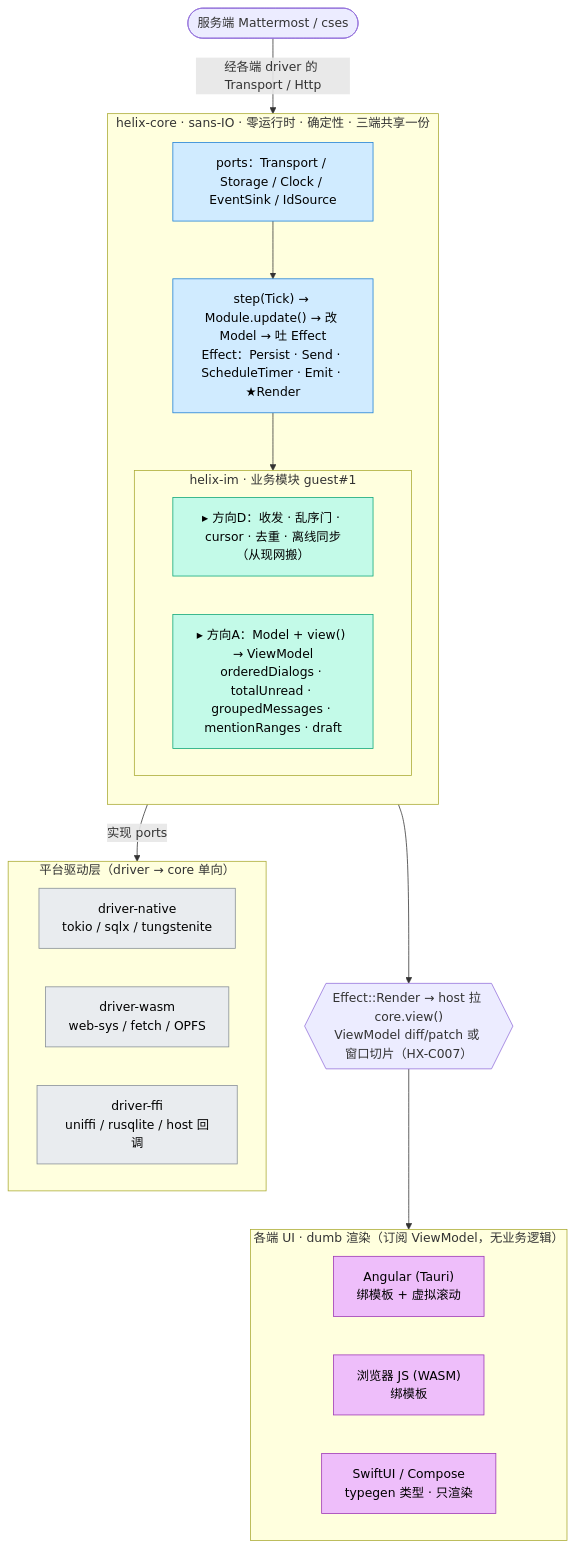
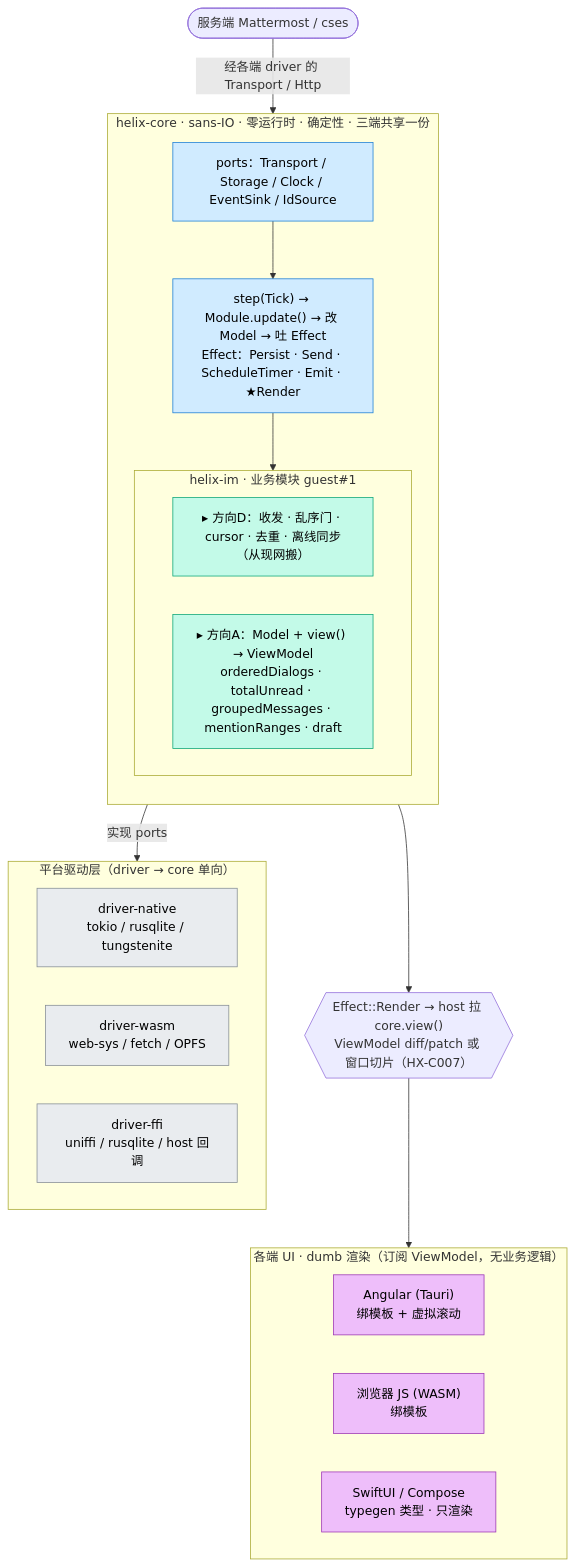
Before and after one commit to zxs1633079383/helix: the second of 27 diagrams in docs/过会方案/helix-core-im-架构设计.md, drawn with Mermaid. The commit also changed other lines of this file and 1 other file, not shown here.

First line of the commit message:
docs: 架构设计 sqlx→rusqlite-host 对齐(消 GOAL↔架构设计 矛盾) + ROADMAP 落遗留

````diff
--- a/docs/过会方案/helix-core-im-架构设计.md
+++ b/docs/过会方案/helix-core-im-架构设计.md
@@ -122,44 +122,44 @@
 ```mermaid
 flowchart TB
   SRV(["服务端 Mattermost / cses"])
   SRV -->|"经各端 driver 的 Transport / Http"| CORE
 
   subgraph CORE["helix-core · sans-IO · 零运行时 · 确定性 · 三端共享一份"]
     direction TB
     PORTS["ports：Transport / Storage / Clock / EventSink / IdSource"]
     STEP["step(Tick) → Module.update() → 改 Model → 吐 Effect<br/>Effect：Persist · Send · ScheduleTimer · Emit · ★Render"]
     subgraph IM["helix-im · 业务模块 guest#1"]
       DD["▸ 方向D：收发 · 乱序门 · cursor · 去重 · 离线同步（从现网搬）"]
       AA["▸ 方向A：Model + view() → ViewModel<br/>orderedDialogs · totalUnread · groupedMessages · mentionRanges · draft"]
     end
     PORTS --> STEP --> IM
   end
 
   subgraph DRV["平台驱动层（driver → core 单向）"]
     direction LR
-    DN["driver-native<br/>tokio / sqlx / tungstenite"]
+    DN["driver-native<br/>tokio / rusqlite / tungstenite"]
     DW["driver-wasm<br/>web-sys / fetch / OPFS"]
     DF["driver-ffi<br/>uniffi / rusqlite / host 回调"]
   end
   CORE -->|"实现 ports"| DRV
 
   REN{{"Effect::Render → host 拉 core.view()<br/>ViewModel diff/patch 或 窗口切片（HX-C007）"}}
   CORE --> REN
 
   subgraph UI["各端 UI · dumb 渲染（订阅 ViewModel，无业务逻辑）"]
     direction LR
     UA["Angular (Tauri)<br/>绑模板 + 虚拟滚动"]
     UW["浏览器 JS (WASM)<br/>绑模板"]
     UF["SwiftUI / Compose<br/>typegen 类型 · 只渲染"]
   end
   REN --> UI
 
   classDef core fill:#d0ebff,stroke:#1c7ed6,color:#000
   classDef biz fill:#c3fae8,stroke:#0ca678,color:#000
   classDef plat fill:#e9ecef,stroke:#868e96,color:#000
   classDef ui fill:#eebefa,stroke:#9c36b5,color:#000
   class PORTS,STEP core
   class DD,AA biz
   class DN,DW,DF plat
   class UA,UW,UF ui
 ```
````
